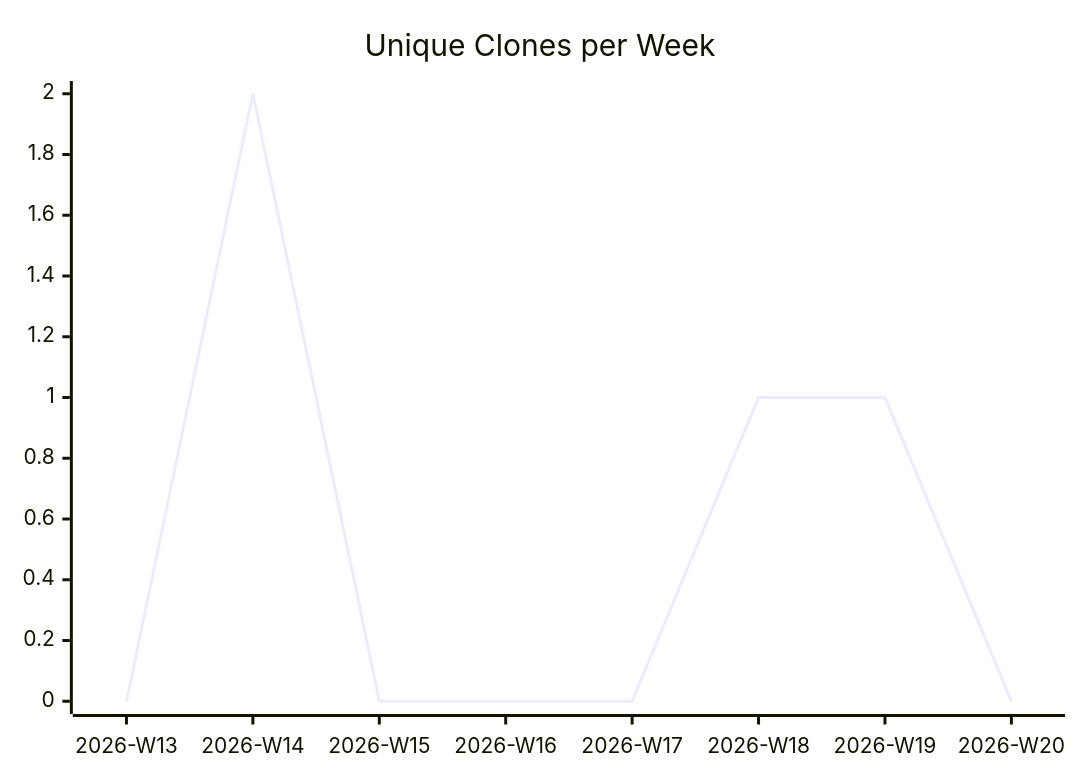
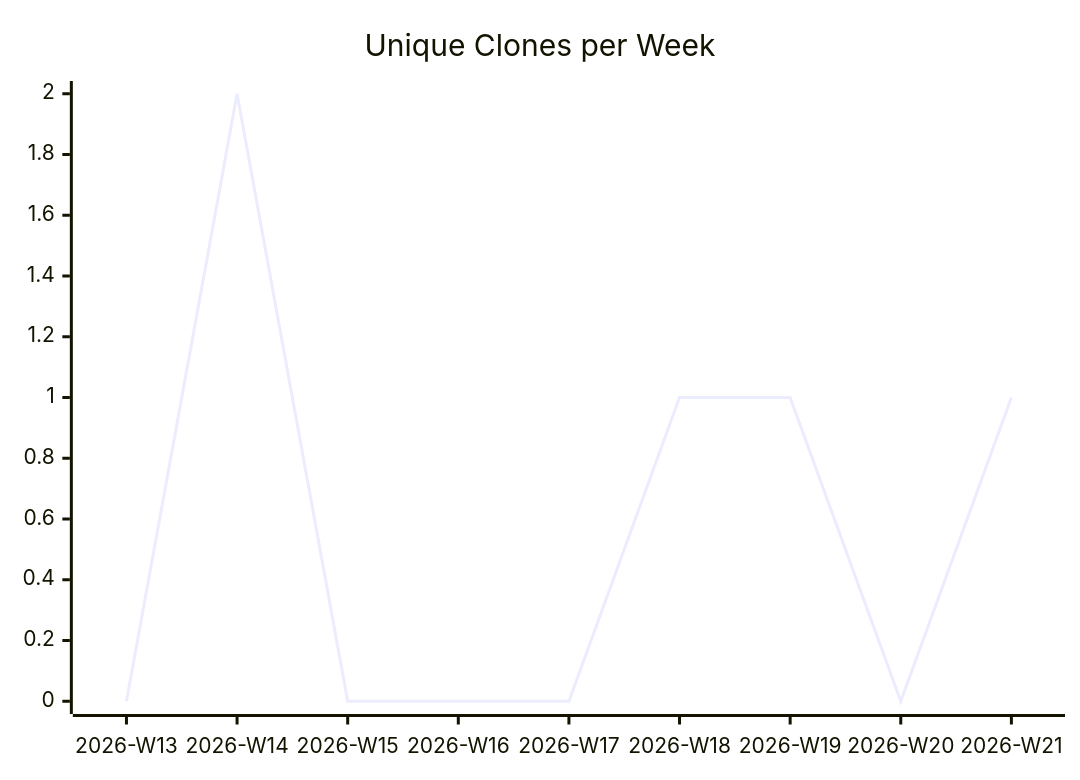
Before and after one commit to justdavis-family/github-analytics-data: the third of 3 diagrams in karlmdavis/ldap-plugin/README.md, drawn with Mermaid. The commit also changed other lines of this file and 190 other files, not shown here.

````diff
--- a/karlmdavis/ldap-plugin/README.md
+++ b/karlmdavis/ldap-plugin/README.md
@@ -19,6 +19,6 @@
 ```mermaid
 xychart-beta
   title "Unique Clones per Week"
-  x-axis ["2026-W13", "2026-W14", "2026-W15", "2026-W16", "2026-W17", "2026-W18", "2026-W19", "2026-W20"]
-  line [0, 2, 0, 0, 0, 1, 1, 0]
+  x-axis ["2026-W13", "2026-W14", "2026-W15", "2026-W16", "2026-W17", "2026-W18", "2026-W19", "2026-W20", "2026-W21"]
+  line [0, 2, 0, 0, 0, 1, 1, 0, 1]
 ```
````
